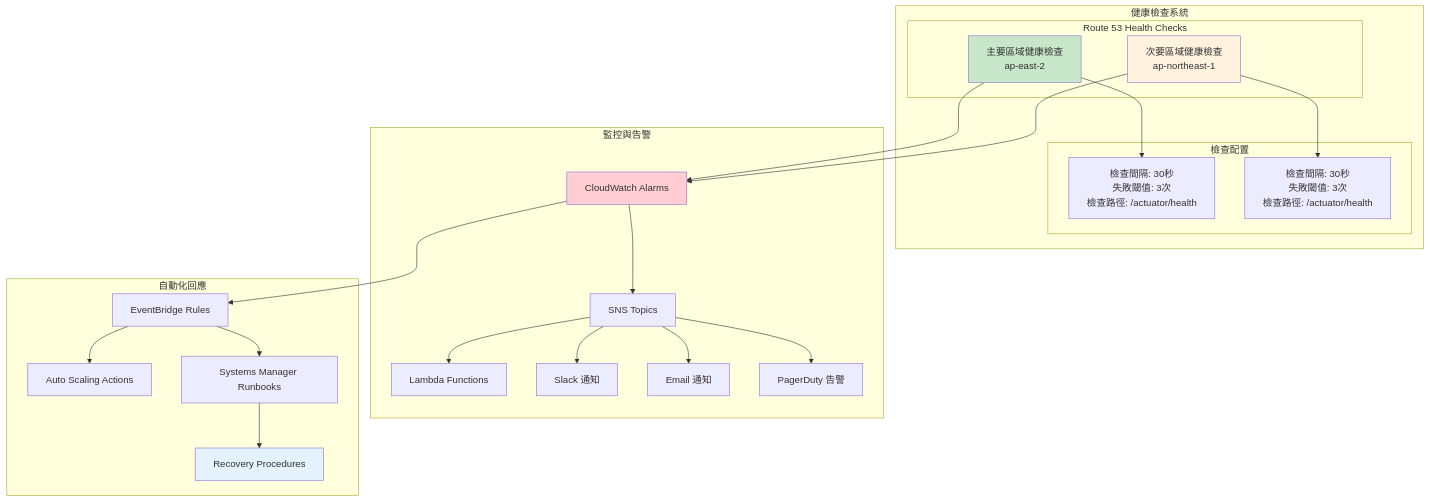
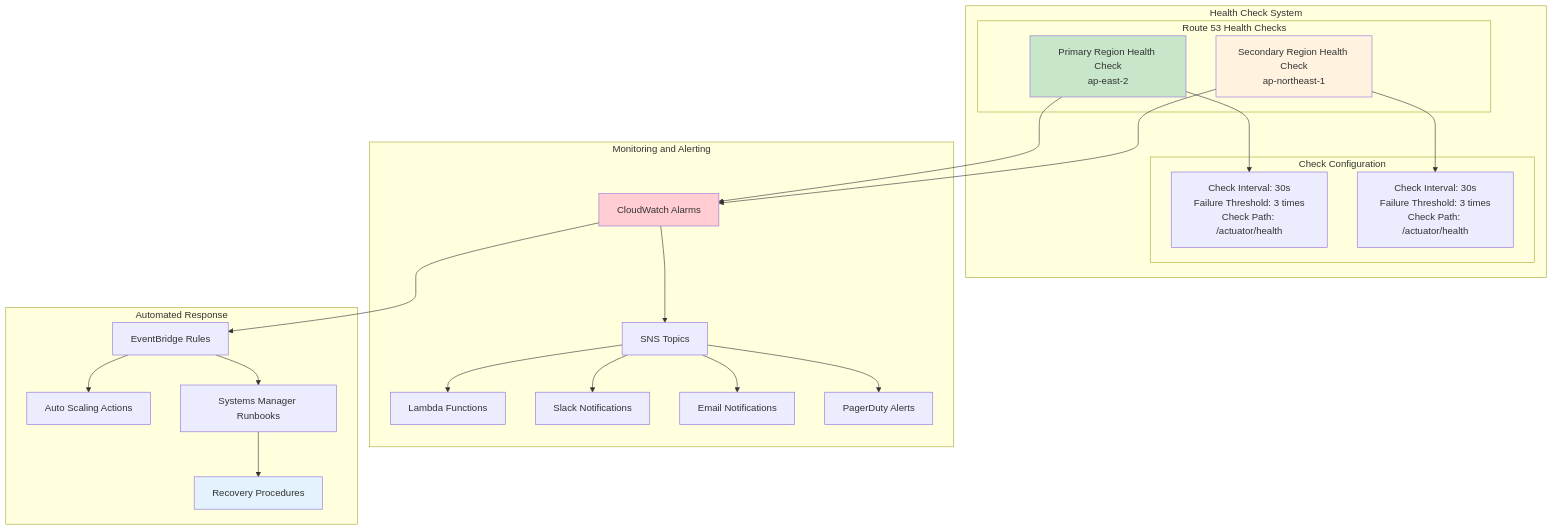
One commit to humank/genai-demo changed the fifth of 11 diagrams in docs/viewpoints/operational/dns-disaster-recovery.md. Above: the diagram before and after it, drawn with Mermaid. The commit also changed other lines of this file and 453 other files, not shown here.

First line of the commit message:
feat: Complete translation of key architecture and API documentation

````diff
--- a/docs/viewpoints/operational/dns-disaster-recovery.md
+++ b/docs/viewpoints/operational/dns-disaster-recovery.md
@@ -287,49 +287,49 @@
 ```mermaid
 graph TB
-    subgraph "健康檢查系統"
+    subgraph "Health Check System"
         subgraph "Route 53 Health Checks"
-            HC1[主要區域健康檢查<br/>ap-east-2]
-            HC2[次要區域健康檢查<br/>ap-northeast-1]
+            HC1[Primary Region Health Check<br/>ap-east-2]
+            HC2[Secondary Region Health Check<br/>ap-northeast-1]
         end
         
-        subgraph "檢查配置"
-            Config1[檢查間隔: 30秒<br/>失敗閾值: 3次<br/>檢查路徑: /actuator/health]
-            Config2[檢查間隔: 30秒<br/>失敗閾值: 3次<br/>檢查路徑: /actuator/health]
+        subgraph "Check Configuration"
+            Config1[Check Interval: 30s<br/>Failure Threshold: 3 times<br/>Check Path: /actuator/health]
+            Config2[Check Interval: 30s<br/>Failure Threshold: 3 times<br/>Check Path: /actuator/health]
         end
     end
     
-    subgraph "監控與告警"
+    subgraph "Monitoring and Alerting"
         CW[CloudWatch Alarms]
         SNS[SNS Topics]
         Lambda[Lambda Functions]
-        Slack[Slack 通知]
-        Email[Email 通知]
-        PagerDuty[PagerDuty 告警]
+        Slack[Slack Notifications]
+        Email[Email Notifications]
+        PagerDuty[PagerDuty Alerts]
     end
     
-    subgraph "自動化回應"
+    subgraph "Automated Response"
         EventBridge[EventBridge Rules]
         AutoScale[Auto Scaling Actions]
         Runbooks[Systems Manager Runbooks]
         Recovery[Recovery Procedures]
     end
     
     HC1 --> Config1
     HC2 --> Config2
     HC1 --> CW
     HC2 --> CW
     CW --> SNS
     SNS --> Lambda
     SNS --> Slack
     SNS --> Email
     SNS --> PagerDuty
     CW --> EventBridge
     EventBridge --> AutoScale
     EventBridge --> Runbooks
     Runbooks --> Recovery
     
     style HC1 fill:#c8e6c9
     style HC2 fill:#fff3e0
     style CW fill:#ffcdd2
     style Recovery fill:#e3f2fd
 ```
````
